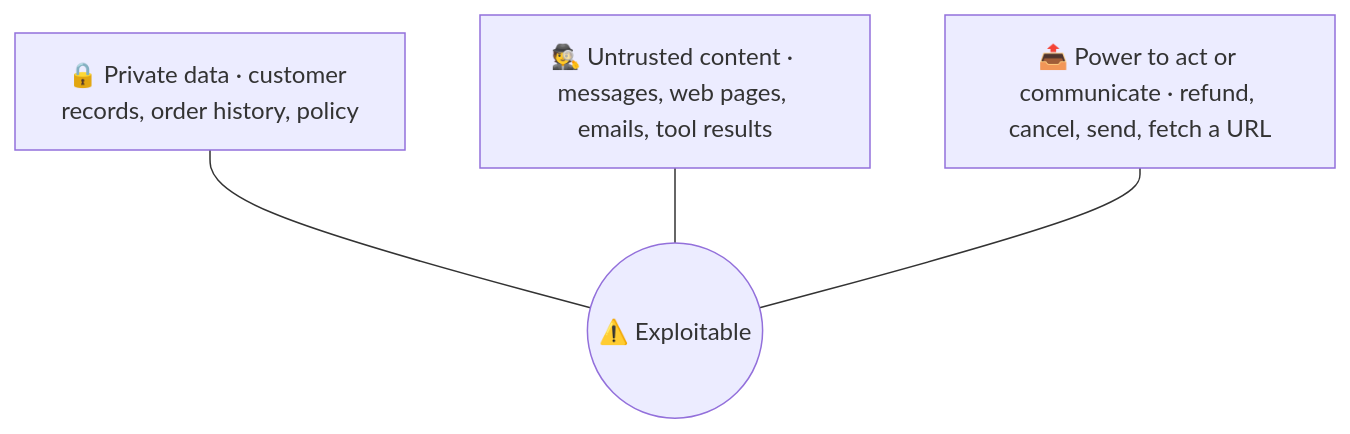
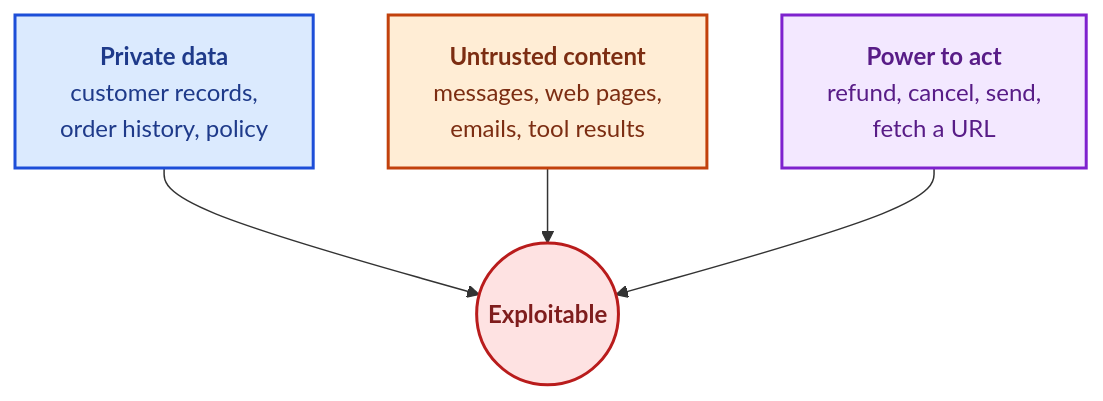
Before and after one commit to kk-engineer/robosathi: the first of 4 diagrams in content/en/docs/agentic_ai/agent_security_principles.md, drawn with Mermaid. The commit also changed other lines of this file and 16 other files, not shown here.

First line of the commit message:
docs: Remove decorative emojis; legible trifecta diagram; About photo framing

````diff
--- a/content/en/docs/agentic_ai/agent_security_principles.md
+++ b/content/en/docs/agentic_ai/agent_security_principles.md
@@ -37,6 +37,14 @@
 ```mermaid
 graph TD
-    A["🔒 Private data · customer records, order history, policy"] --- X(("⚠️ Exploitable"))
-    B["🕵️ Untrusted content · messages, web pages, emails, tool results"] --- X
-    C["📤 Power to act or communicate · refund, cancel, send, fetch a URL"] --- X
+    A["<b>Private data</b><br/>customer records,<br/>order history, policy"] --> X(("<b>Exploitable</b>"))
+    B["<b>Untrusted content</b><br/>messages, web pages,<br/>emails, tool results"] --> X
+    C["<b>Power to act</b><br/>refund, cancel, send,<br/>fetch a URL"] --> X
+    classDef data fill:#dbeafe,stroke:#1d4ed8,stroke-width:2px,color:#1e3a8a,font-size:16px
+    classDef untrusted fill:#ffedd5,stroke:#c2410c,stroke-width:2px,color:#7c2d12,font-size:16px
+    classDef act fill:#f3e8ff,stroke:#7e22ce,stroke-width:2px,color:#581c87,font-size:16px
+    classDef risk fill:#fee2e2,stroke:#b91c1c,stroke-width:2px,color:#7f1d1d,font-size:16px
+    class A data
+    class B untrusted
+    class C act
+    class X risk
 ```
````
